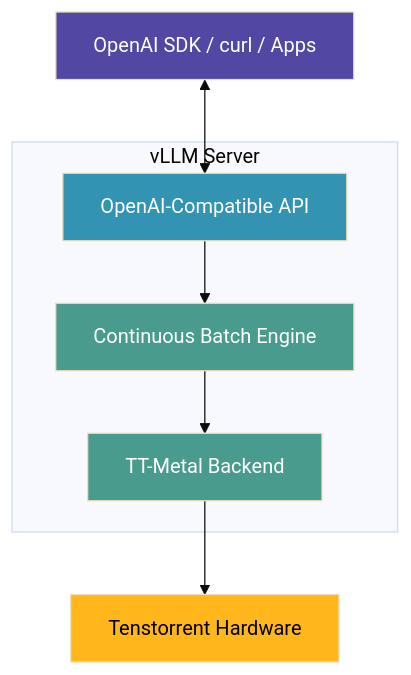
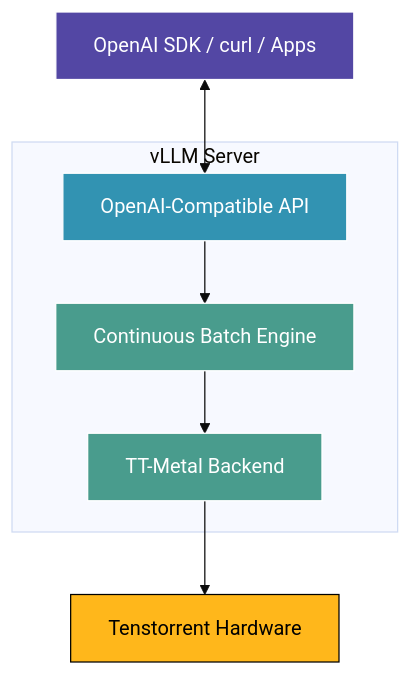
One commit to tenstorrent/tt-vscode-toolkit changed the diagram in content/lessons/vllm-production.md. Above: the diagram before and after it, drawn with Mermaid (base theme). The commit also changed other lines of this file and 12 other files, not shown here.

Commit message:
mermaid and markdown fixes

````diff
--- a/content/lessons/vllm-production.md
+++ b/content/lessons/vllm-production.md
@@ -64,24 +64,24 @@
 ```mermaid
 graph TB
     Clients[OpenAI SDK / curl / Apps]
 
     subgraph vLLM["vLLM Server"]
         API[OpenAI-Compatible API]
         Batch[Continuous Batch Engine]
         Backend[TT-Metal Backend]
 
         API --> Batch
         Batch --> Backend
     end
 
     Hardware[Tenstorrent Hardware]
 
     Clients <--> API
     Backend --> Hardware
 
-    style Clients fill:#5347a4,color:#fff
-    style API fill:#3293b2,color:#fff
-    style Batch fill:#499c8d,color:#fff
-    style Backend fill:#499c8d,color:#fff
-    style Hardware fill:#ffb71b,color:#000
+    style Clients fill:#5347a4,stroke:#fff,color:#fff
+    style API fill:#3293b2,stroke:#fff,color:#fff
+    style Batch fill:#499c8d,stroke:#fff,color:#fff
+    style Backend fill:#499c8d,stroke:#fff,color:#fff
+    style Hardware fill:#ffb71b,stroke:#000,color:#000
 ```
````
